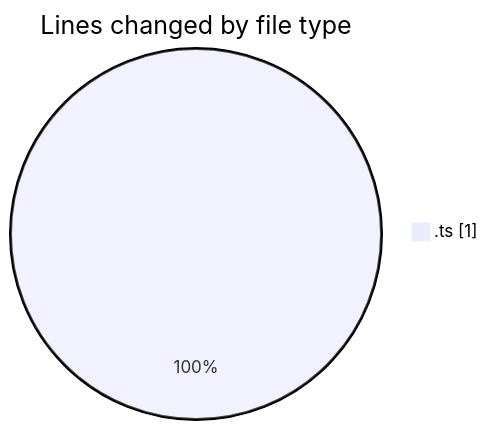
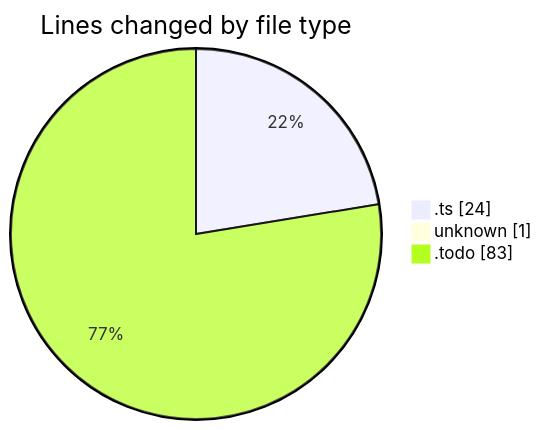
One commit to CELIANVF/code-tracking changed the first of 2 diagrams in 2025-05-21/ecodeli-1/README.md. Above: the diagram before and after it, drawn with Mermaid. The commit also changed other lines of this file and 1 other file, not shown here.

````diff
--- a/2025-05-21/ecodeli-1/README.md
+++ b/2025-05-21/ecodeli-1/README.md
@@ -20,5 +22,7 @@
 ```mermaid
 pie showData
 title Lines changed by file type
-".ts" : 1
+".ts" : 24
+"unknown" : 1
+".todo" : 83
 ```
````
